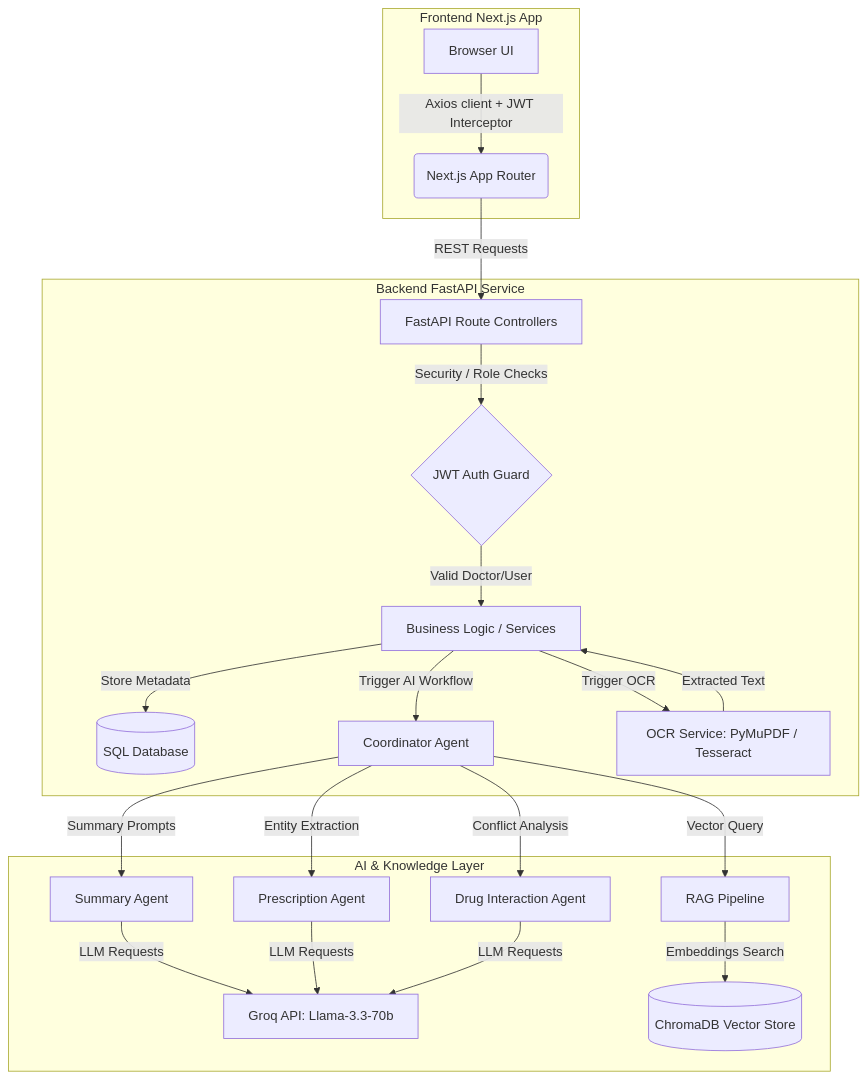
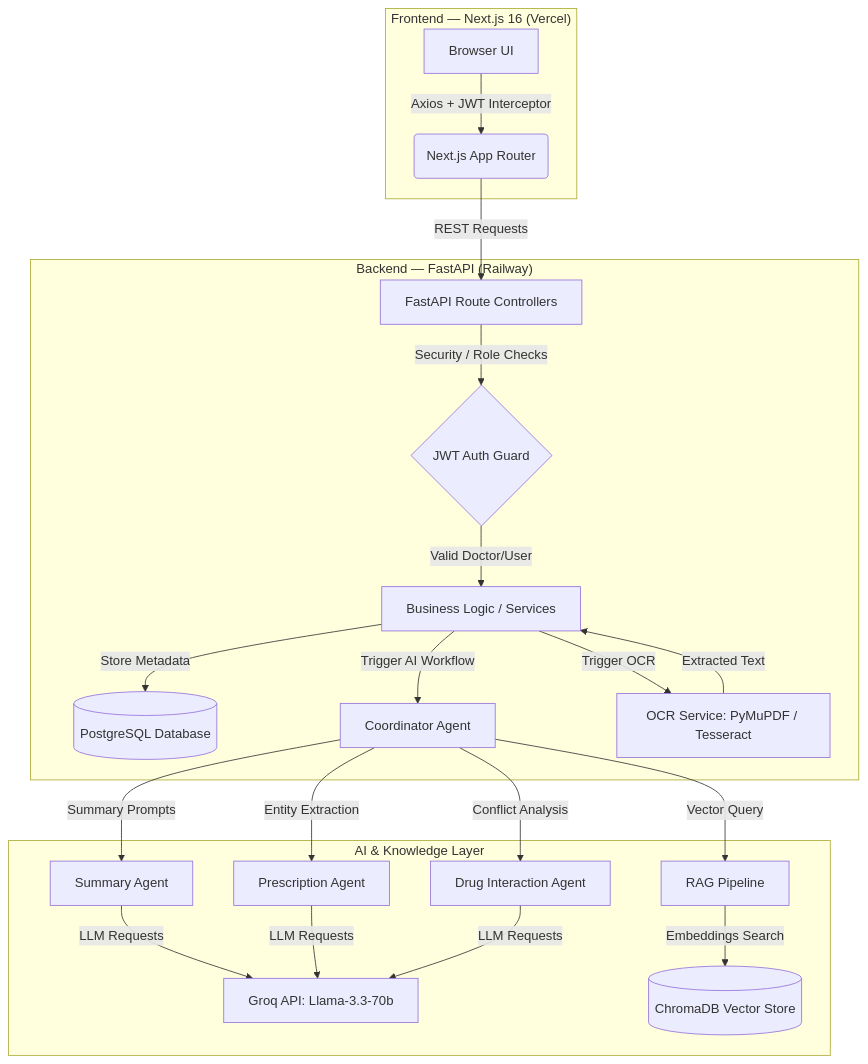
One commit to KartikGS1211/AI-Healthcare-Operations-Copilot-Platform changed the first of 2 diagrams in README.md. Above: the diagram before and after it, drawn with Mermaid. The commit also changed other lines of this file, not shown here.

````diff
--- a/README.md
+++ b/README.md
@@ -29,29 +119,26 @@
 ```mermaid
 graph TD
-    subgraph Client [Frontend Next.js App]
-        A[Browser UI] -->|Axios client + JWT Interceptor| B(Next.js App Router)
+    subgraph Client ["Frontend — Next.js 16 (Vercel)"]
+        A[Browser UI] -->|Axios + JWT Interceptor| B(Next.js App Router)
     end
 
-    subgraph API [Backend FastAPI Service]
+    subgraph API ["Backend — FastAPI (Railway)"]
         B -->|REST Requests| C[FastAPI Route Controllers]
         C -->|Security / Role Checks| D{JWT Auth Guard}
-
         D -->|Valid Doctor/User| E[Business Logic / Services]
-
-        E -->|Store Metadata| F[(SQL Database)]
+        E -->|Store Metadata| F[(PostgreSQL Database)]
         E -->|Trigger AI Workflow| G[Coordinator Agent]
         E -->|Trigger OCR| H[OCR Service: PyMuPDF / Tesseract]
     end
 
-    subgraph AI [AI & Knowledge Layer]
+    subgraph AI ["AI & Knowledge Layer"]
         G -->|Summary Prompts| I[Summary Agent]
         G -->|Entity Extraction| J[Prescription Agent]
         G -->|Conflict Analysis| K[Drug Interaction Agent]
         G -->|Vector Query| L[RAG Pipeline]
-
         I & J & K -->|LLM Requests| M[Groq API: Llama-3.3-70b]
         L -->|Embeddings Search| N[(ChromaDB Vector Store)]
     end
 
     H -->|Extracted Text| E
 ```
````
